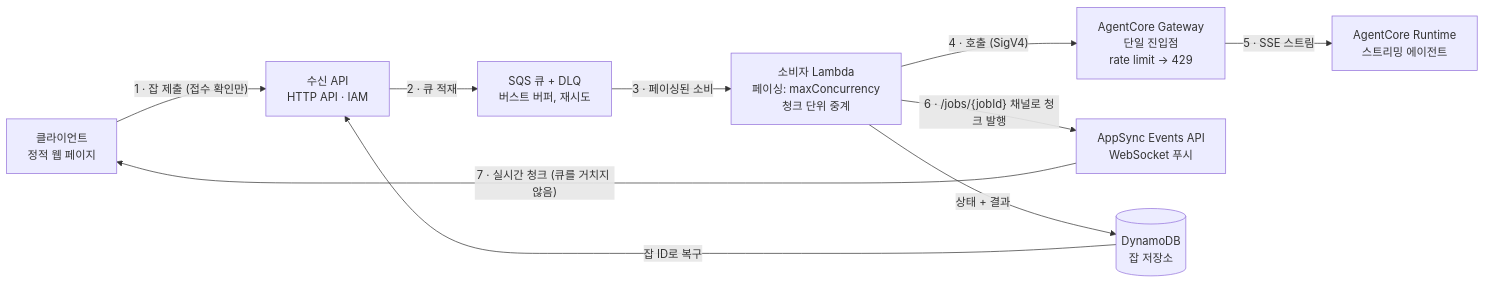
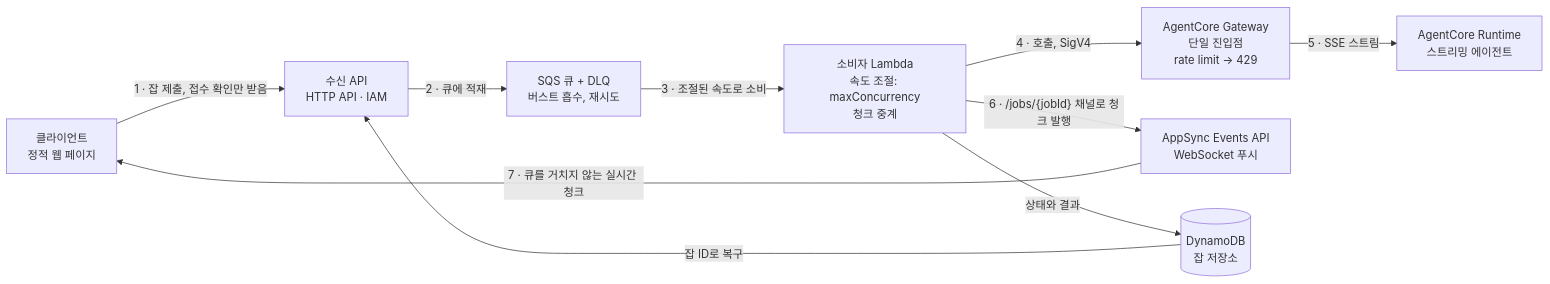
One commit to saygenie/sample-bedrock-agentcore-sqs-buffering changed the diagram in README.ko.md. Above: the diagram before and after it, drawn with Mermaid. The commit also changed other lines of this file and 1 other file, not shown here.

````diff
--- a/README.ko.md
+++ b/README.ko.md
@@ -20,21 +19,21 @@
 ```mermaid
 flowchart LR
     C[클라이언트<br/>정적 웹 페이지]
     A[수신 API<br/>HTTP API · IAM]
-    Q[SQS 큐 + DLQ<br/>버스트 버퍼, 재시도]
-    W[소비자 Lambda<br/>페이싱: maxConcurrency<br/>청크 단위 중계]
+    Q[SQS 큐 + DLQ<br/>버스트 흡수, 재시도]
+    W[소비자 Lambda<br/>속도 조절: maxConcurrency<br/>청크 중계]
     G[AgentCore Gateway<br/>단일 진입점<br/>rate limit → 429]
     R[AgentCore Runtime<br/>스트리밍 에이전트]
     E[AppSync Events API<br/>WebSocket 푸시]
     D[(DynamoDB<br/>잡 저장소)]
 
-    C -- "1 · 잡 제출 (접수 확인만)" --> A
-    A -- "2 · 큐 적재" --> Q
-    Q -- "3 · 페이싱된 소비" --> W
-    W -- "4 · 호출 (SigV4)" --> G
+    C -- "1 · 잡 제출, 접수 확인만 받음" --> A
+    A -- "2 · 큐에 적재" --> Q
+    Q -- "3 · 조절된 속도로 소비" --> W
+    W -- "4 · 호출, SigV4" --> G
     G -- "5 · SSE 스트림" --> R
     W -- "6 · /jobs/{jobId} 채널로 청크 발행" --> E
-    E -- "7 · 실시간 청크 (큐를 거치지 않음)" --> C
-    W -- "상태 + 결과" --> D
+    E -- "7 · 큐를 거치지 않는 실시간 청크" --> C
+    W -- "상태와 결과" --> D
     D -- "잡 ID로 복구" --> A
 ```
````
